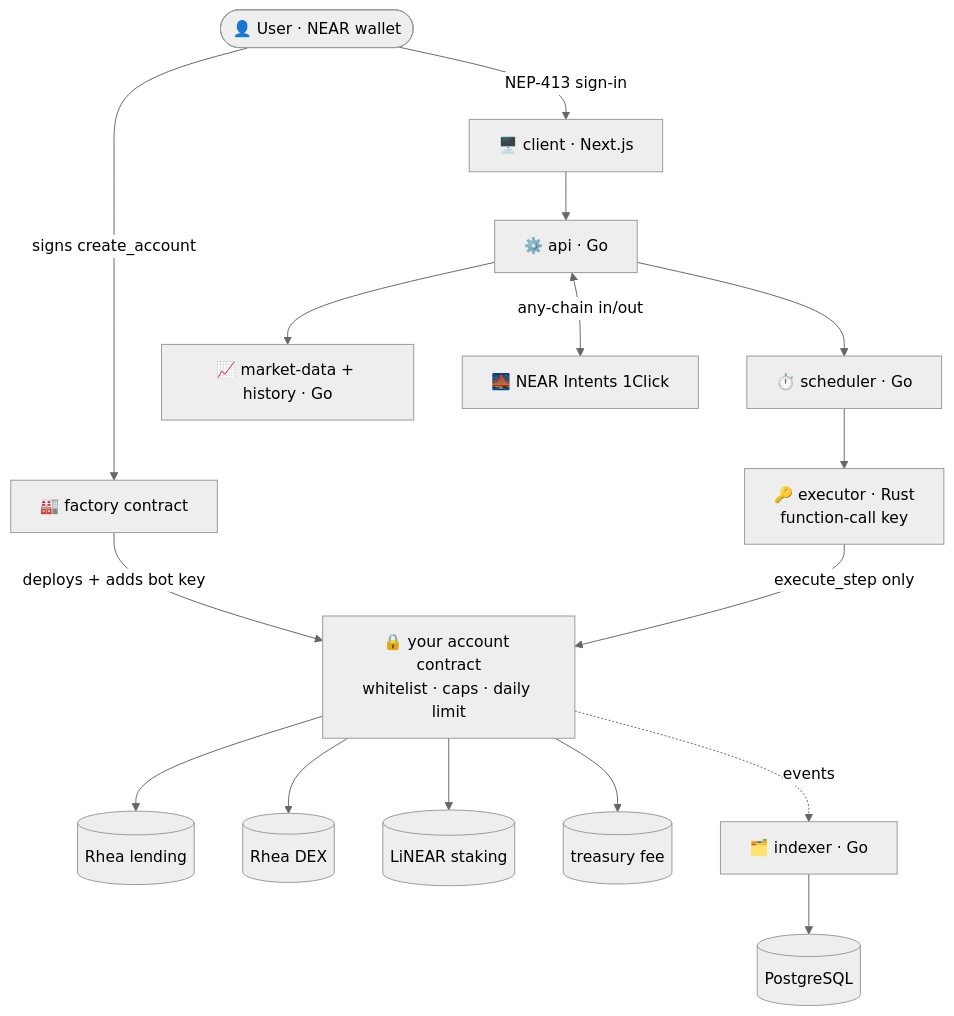
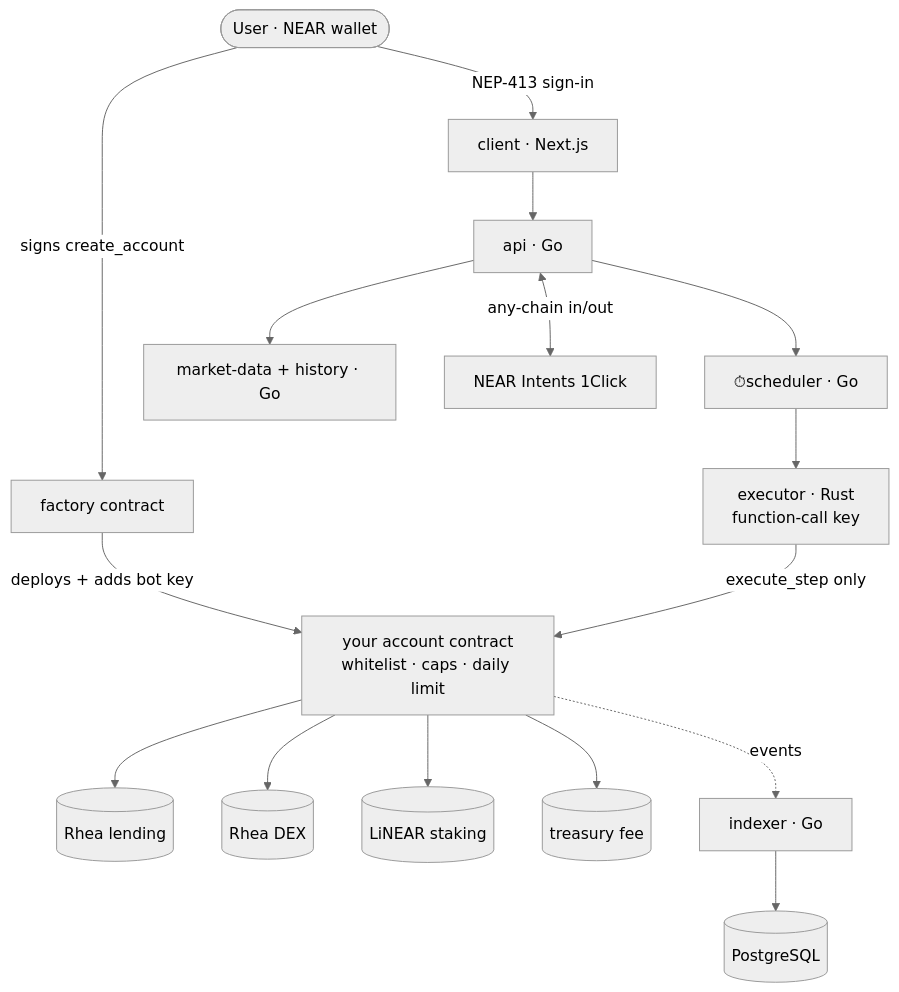
Before and after one commit to Debanjannnn/nearly: the diagram in README.md, drawn with Mermaid (neutral theme).

Commit message:
docs: no emoji in diagram

````diff
--- a/README.md
+++ b/README.md
@@ -72,19 +72,19 @@
 ```mermaid
 flowchart TD
-  U([👤 User · NEAR wallet])
-  U -->|NEP-413 sign-in| C[🖥️ client · Next.js]
-  U -->|signs create_account| F[🏭 factory contract]
-  C --> API[⚙️ api · Go]
-  API --> S[⏱️ scheduler · Go]
-  API --> M[📈 market-data + history · Go]
-  API <-->|any-chain in/out| I[🌉 NEAR Intents 1Click]
-  S --> X[🔑 executor · Rust<br/>function-call key]
-  F -->|deploys + adds bot key| A[🔒 your account contract<br/>whitelist · caps · daily limit]
+  U([User · NEAR wallet])
+  U -->|NEP-413 sign-in| C[client · Next.js]
+  U -->|signs create_account| F[factory contract]
+  C --> API[api · Go]
+  API --> S[⏱scheduler · Go]
+  API --> M[market-data + history · Go]
+  API <-->|any-chain in/out| I[NEAR Intents 1Click]
+  S --> X[executor · Rust<br/>function-call key]
+  F -->|deploys + adds bot key| A[your account contract<br/>whitelist · caps · daily limit]
   X -->|execute_step only| A
   A --> L[(Rhea lending)]
   A --> D[(Rhea DEX)]
   A --> ST[(LiNEAR staking)]
   A --> T[(treasury fee)]
-  A -.->|events| IX[🗂️ indexer · Go]
+  A -.->|events| IX[indexer · Go]
   IX --> DB[(PostgreSQL)]
 ```
````
